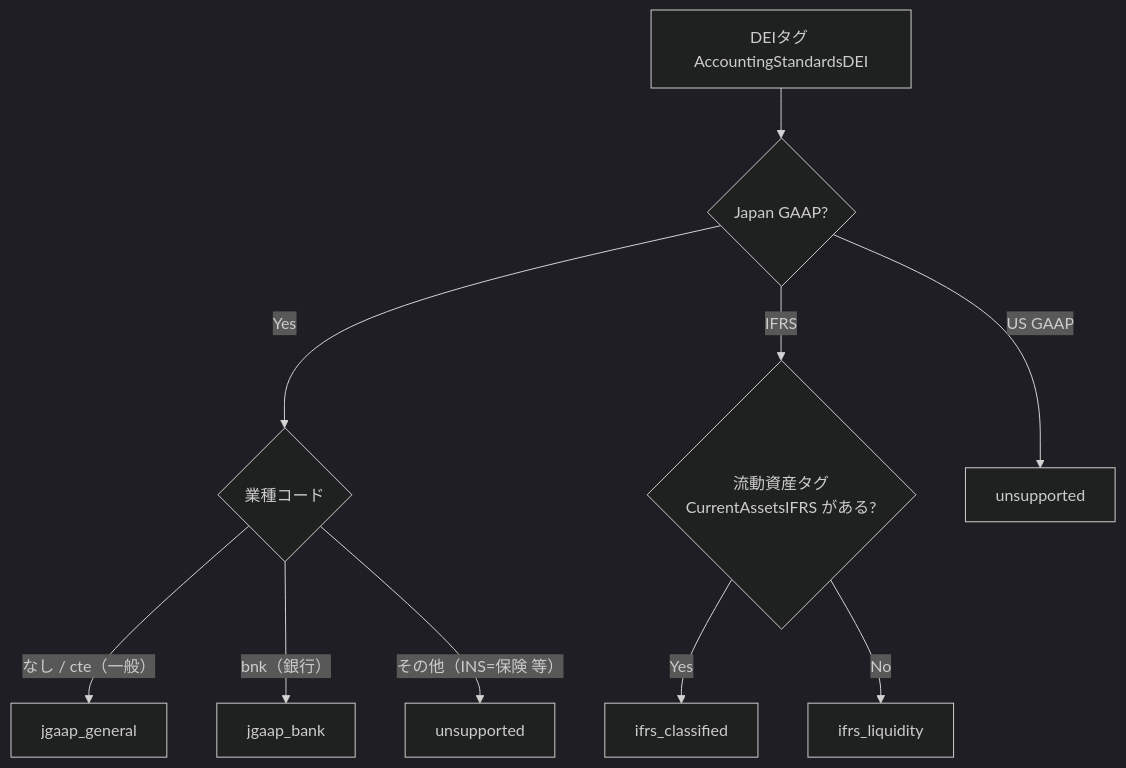
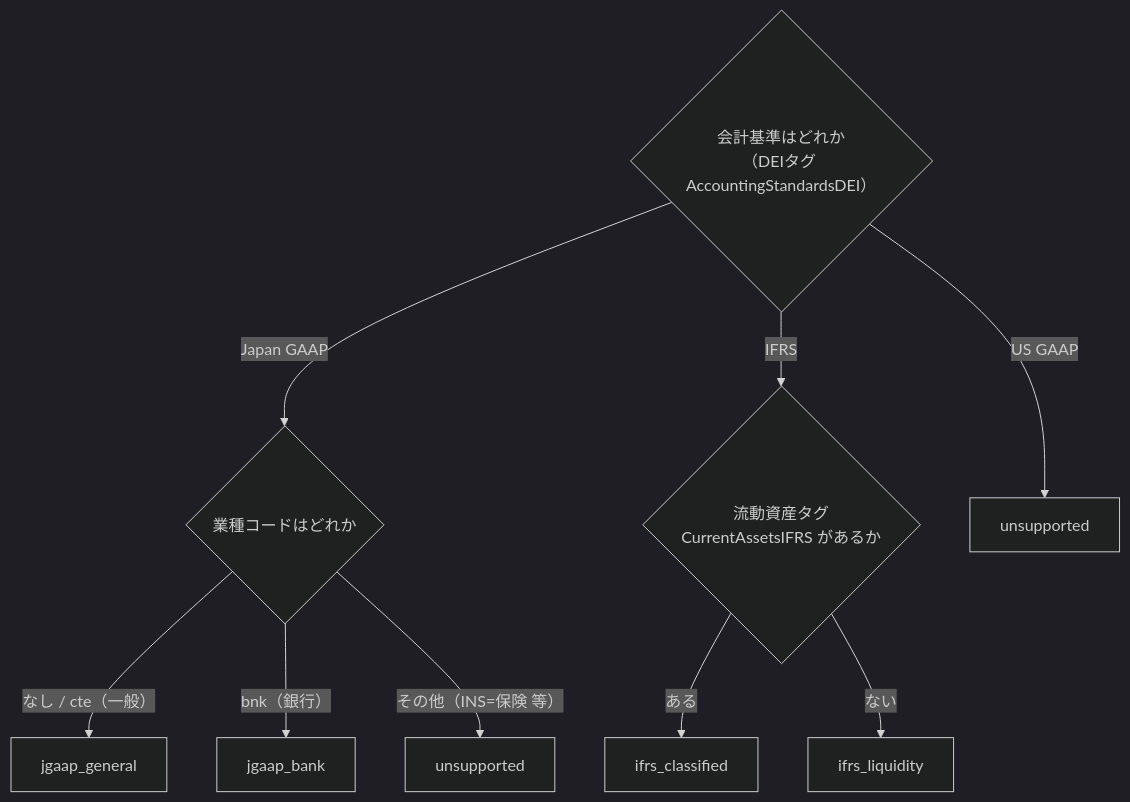
The fourth of 7 diagrams in docs/guide/04_system_overview.md (shin4488/financial-statement), drawn with Mermaid (dark theme) before and after one commit. The commit also changed 12 other files, not shown here.

First line of the commit message:
change: architectureドキュメントの改善（guide統合・古い記述と整形崩れの修正・重複解消）

````diff
--- a/docs/guide/04_system_overview.md
+++ b/docs/guide/04_system_overview.md
@@ -104,12 +104,11 @@
 ```mermaid
 flowchart TB
-    Start["DEIタグ AccountingStandardsDEI"] --> JG{Japan GAAP?}
-    JG -->|Yes| Ind{業種コード}
+    Start{"会計基準はどれか<br>（DEIタグ AccountingStandardsDEI）"} -->|Japan GAAP| Ind{"業種コードはどれか"}
+    Start -->|IFRS| Tag{"流動資産タグ<br>CurrentAssetsIFRS があるか"}
+    Start -->|US GAAP| Unsup2["unsupported"]
     Ind -->|"なし / cte（一般）"| General["jgaap_general"]
-    Ind -->|bnk（銀行）| Bank["jgaap_bank"]
+    Ind -->|"bnk（銀行）"| Bank["jgaap_bank"]
     Ind -->|"その他（INS=保険 等）"| Unsup1["unsupported"]
-    JG -->|IFRS| Tag{"流動資産タグ<br>CurrentAssetsIFRS がある?"}
-    Tag -->|Yes| Cls["ifrs_classified"]
-    Tag -->|No| Liq["ifrs_liquidity"]
-    JG -->|US GAAP| Unsup2["unsupported"]
+    Tag -->|ある| Cls["ifrs_classified"]
+    Tag -->|ない| Liq["ifrs_liquidity"]
 ```
````
